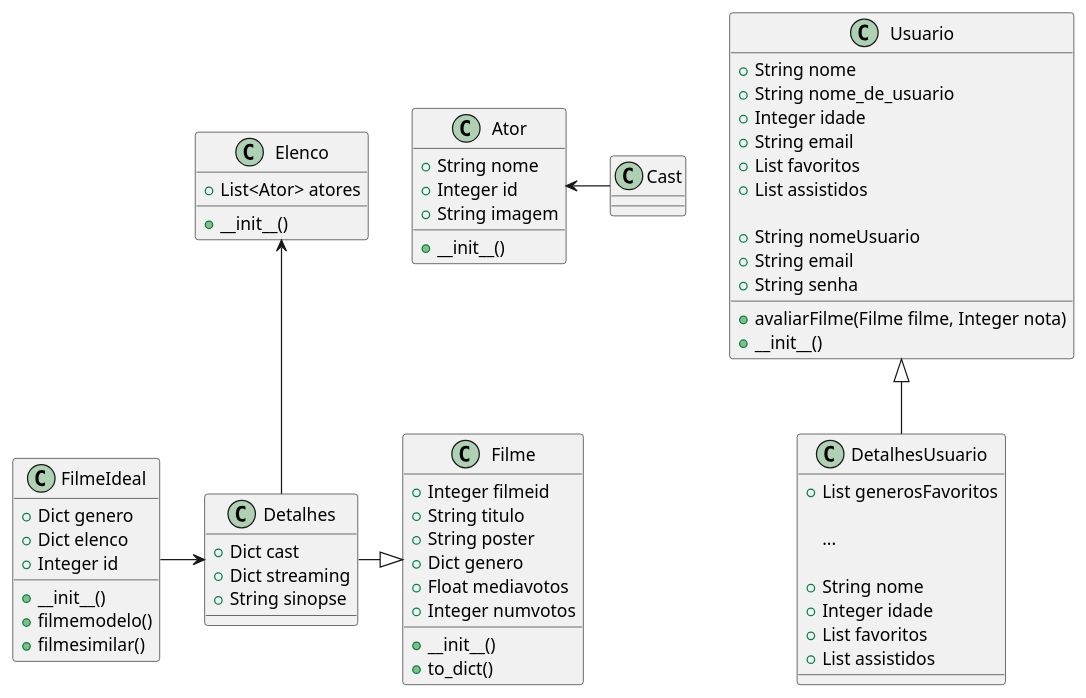
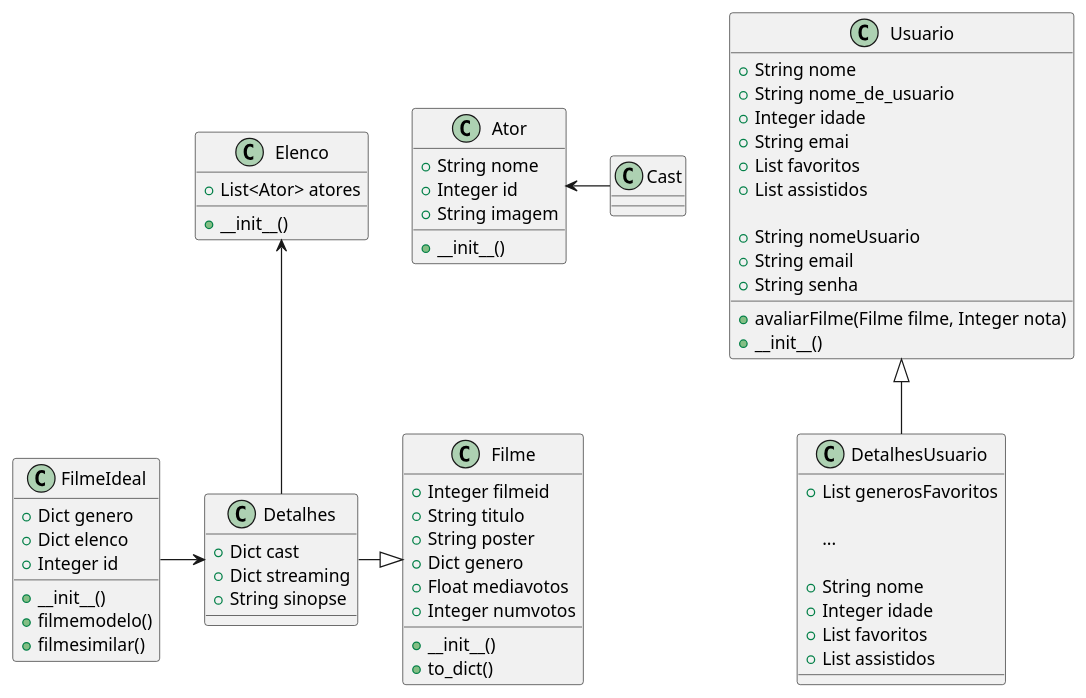
The diagram in diagramas uml/1.diagrama_de_classes.plantuml (isadora-yasmim/ms_20242_g3), drawn with PlantUML before and after one commit.

Commit message:
diagrama de classes de código
diagrama de classes de código

```diff
--- a/diagramas uml/1.diagrama_de_classes.plantuml
+++ b/diagramas uml/1.diagrama_de_classes.plantuml
@@ -1,79 +1,79 @@
 @startuml Diagrama_de_Classses_KlimaX
         class Filme {
                 +Integer filmeid
                 +String titulo
                 +String poster
                 +Dict genero
                 +Float mediavotos
                 +Integer numvotos
 
                 +__init__()
                 +to_dict()
         }
 
         class Detalhes{
                 +Dict cast
                 +Dict streaming
                 +String sinopse
 
 
         }
 
         class Elenco{
 
                 +List<Ator> atores
                 +__init__()
         }
 
         class Ator {
                 +String nome
                 +Integer id
                 +String imagem
                 +__init__()
         }
 
         class Usuario {
 
                 +String nome
                 +String nome_de_usuario
                 +Integer idade
-                +String email
+                +String emai
                 +List favoritos
                 +List assistidos
                 +avaliarFilme(Filme filme, Integer nota)
 
                 +String nomeUsuario
                 +String email
                 +String senha
 
                 +__init__()
         }
         class FilmeIdeal {
                 +Dict genero
                 +Dict elenco
                 +Integer id
 
                 +__init__()
                 +filmemodelo()
                 +filmesimilar()
         }
 
         class DetalhesUsuario extends Usuario {
                 +List generosFavoritos
 
                 ...
 
                 +String nome
                 +Integer idade
                 +List favoritos
                 +List assistidos
 
 
         }
 
         FilmeIdeal -> Detalhes
         Detalhes -|> Filme
         Elenco <-- Detalhes
         Ator <- Cast
 
 @enduml
```
